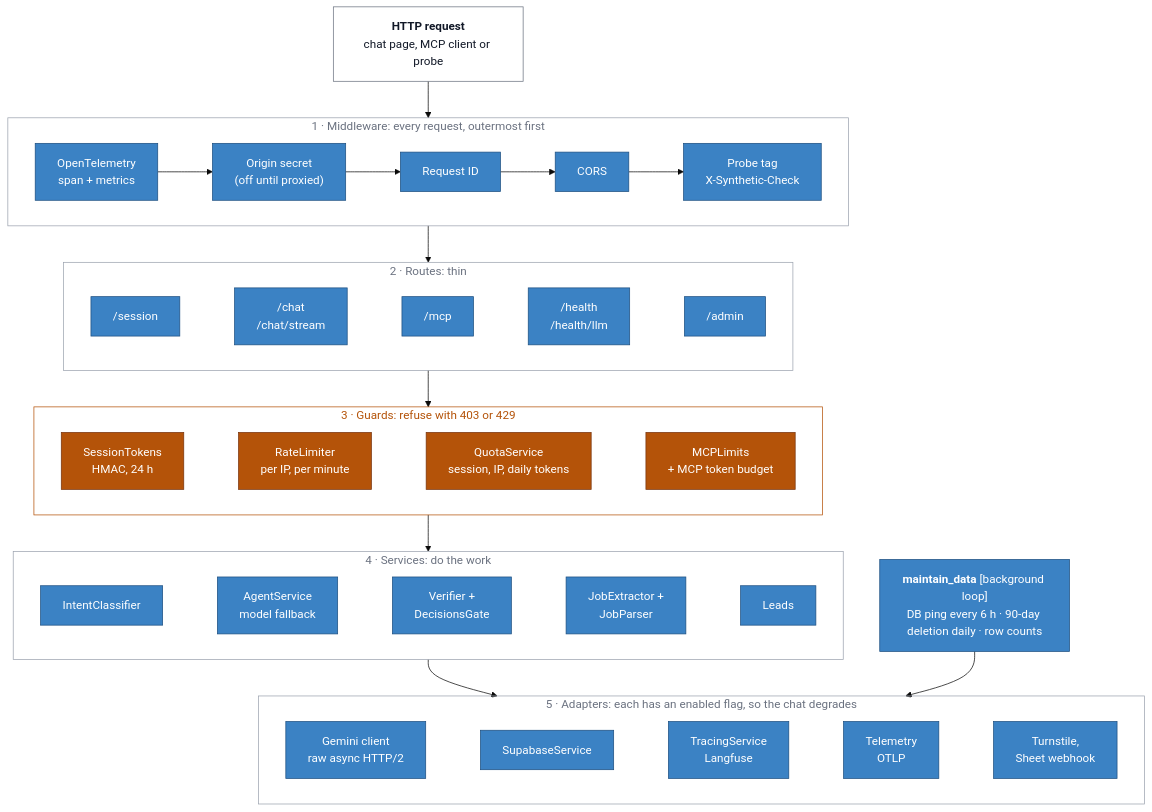
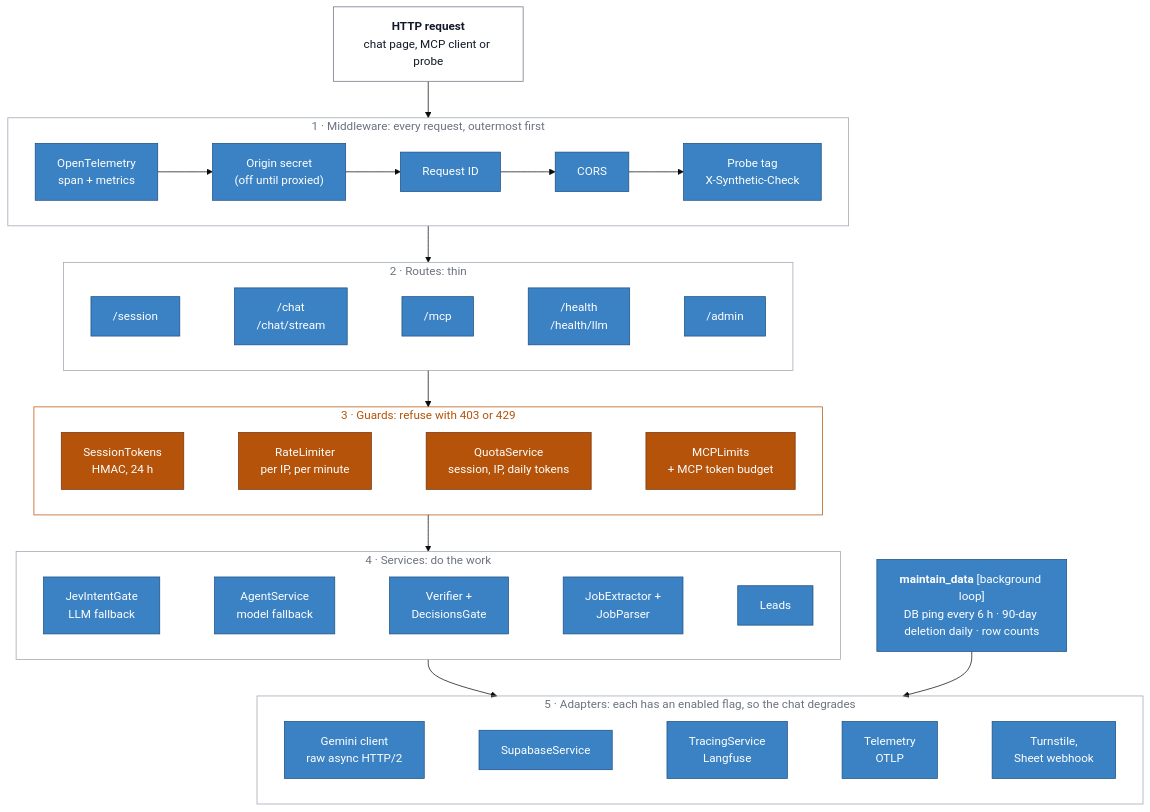
Before and after one commit to Rayhanpatel/AI-Resume-Agent: the third of 11 diagrams in docs/ARCHITECTURE.md, drawn with Mermaid (base theme). The commit also changed other lines of this file and 19 other files, not shown here.

First line of the commit message:
2.9.0: a decision model as the off-topic gate

````diff
--- a/docs/ARCHITECTURE.md
+++ b/docs/ARCHITECTURE.md
@@ -139,43 +139,43 @@
 ```mermaid
 flowchart TB
     accTitle: Backend components in five layers
     accDescr: A request passes middleware, a thin route, guards that can refuse it, services that do the work, and adapters to external services. A background loop maintains the database.
     req["<b>HTTP request</b><br/>chat page, MCP client or probe"]
 
     subgraph L1["1 · Middleware: every request, outermost first"]
         direction LR
         m1["OpenTelemetry<br/>span + metrics"] --> m2["Origin secret<br/>(off until proxied)"] --> m3["Request ID"] --> m4["CORS"] --> m5["Probe tag<br/>X-Synthetic-Check"]
     end
     subgraph L2["2 · Routes: thin"]
         direction LR
         r1["/session"] ~~~ r2["/chat<br/>/chat/stream"] ~~~ r3["/mcp"] ~~~ r4["/health<br/>/health/llm"] ~~~ r5["/admin"]
     end
     subgraph L3["3 · Guards: refuse with 403 or 429"]
         direction LR
         g1["SessionTokens<br/>HMAC, 24 h"] ~~~ g2["RateLimiter<br/>per IP, per minute"] ~~~ g3["QuotaService<br/>session, IP, daily tokens"] ~~~ g4["MCPLimits<br/>+ MCP token budget"]
     end
     subgraph L4["4 · Services: do the work"]
         direction LR
-        s1["IntentClassifier"] ~~~ s2["AgentService<br/>model fallback"] ~~~ s3["Verifier +<br/>DecisionsGate"] ~~~ s4["JobExtractor +<br/>JobParser"] ~~~ s5["Leads"]
+        s1["JevIntentGate<br/>LLM fallback"] ~~~ s2["AgentService<br/>model fallback"] ~~~ s3["Verifier +<br/>DecisionsGate"] ~~~ s4["JobExtractor +<br/>JobParser"] ~~~ s5["Leads"]
     end
     subgraph L5["5 · Adapters: each has an enabled flag, so the chat degrades"]
         direction LR
         a1["Gemini client<br/>raw async HTTP/2"] ~~~ a2["SupabaseService"] ~~~ a3["TracingService<br/>Langfuse"] ~~~ a4["Telemetry<br/>OTLP"] ~~~ a5["Turnstile,<br/>Sheet webhook"]
     end
     bg["<b>maintain_data</b> [background loop]<br/>DB ping every 6 h · 90-day deletion daily · row counts"]
 
     req --> L1 --> L2 --> L3 --> L4 --> L5
     bg --> L5
 
     classDef layer fill:#3b82c4,stroke:#1d4f80,color:#ffffff
     classDef guard fill:#b45309,stroke:#78350f,color:#ffffff
     classDef plain fill:#ffffff,stroke:#6b7280,color:#111827
     class m1,m2,m3,m4,m5,r1,r2,r3,r4,r5,s1,s2,s3,s4,s5,a1,a2,a3,a4,a5,bg layer
     class g1,g2,g3,g4 guard
     class req plain
     style L1 fill:none,stroke:#9ca3af,color:#6b7280
     style L2 fill:none,stroke:#9ca3af,color:#6b7280
     style L3 fill:none,stroke:#b45309,color:#b45309
     style L4 fill:none,stroke:#9ca3af,color:#6b7280
     style L5 fill:none,stroke:#9ca3af,color:#6b7280
 ```
````
